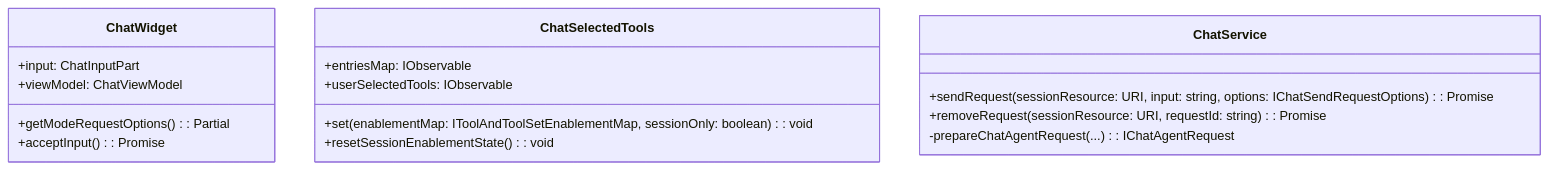
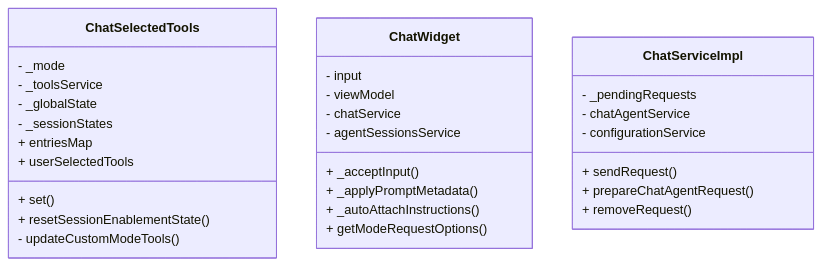
The first of 4 diagrams in living_doc/agentbackground.md (tamuratak/vscode), drawn with Mermaid before and after one commit. The commit also changed other lines of this file, not shown here.

Commit message:
Refactor agent background documentation to clarify tool selection flow and background session management, and add Mermaid diagrams for visualization

````diff
--- a/living_doc/agentbackground.md
+++ b/living_doc/agentbackground.md
@@ -38,20 +29,32 @@
 ```mermaid
 classDiagram
+class ChatSelectedTools {
+	- _mode
+	- _toolsService
+	- _globalState
+	- _sessionStates
+	+ entriesMap
+	+ userSelectedTools
+	+ set()
+	+ resetSessionEnablementState()
+	- updateCustomModeTools()
+}
 class ChatWidget {
-	+input: ChatInputPart
-	+viewModel: ChatViewModel
-	+getModeRequestOptions(): Partial<IChatSendRequestOptions>
-	+acceptInput(): Promise<void>
+	- input
+	- viewModel
+	- chatService
+	- agentSessionsService
+	+ _acceptInput()
+	+ _applyPromptMetadata()
+	+ _autoAttachInstructions()
+	+ getModeRequestOptions()
 }
-class ChatSelectedTools {
-	+entriesMap: IObservable<IToolAndToolSetEnablementMap>
-	+userSelectedTools: IObservable<UserSelectedTools>
-	+set(enablementMap: IToolAndToolSetEnablementMap, sessionOnly: boolean): void
-	+resetSessionEnablementState(): void
-}
-class ChatService {
-	+sendRequest(sessionResource: URI, input: string, options: IChatSendRequestOptions): Promise<IChatSendRequestResponseState>
-	+removeRequest(sessionResource: URI, requestId: string): Promise<void>
-	-prepareChatAgentRequest(...): IChatAgentRequest
+class ChatServiceImpl {
+	- _pendingRequests
+	- chatAgentService
+	- configurationService
+	+ sendRequest()
+	+ prepareChatAgentRequest()
+	+ removeRequest()
 }
 ```
````
